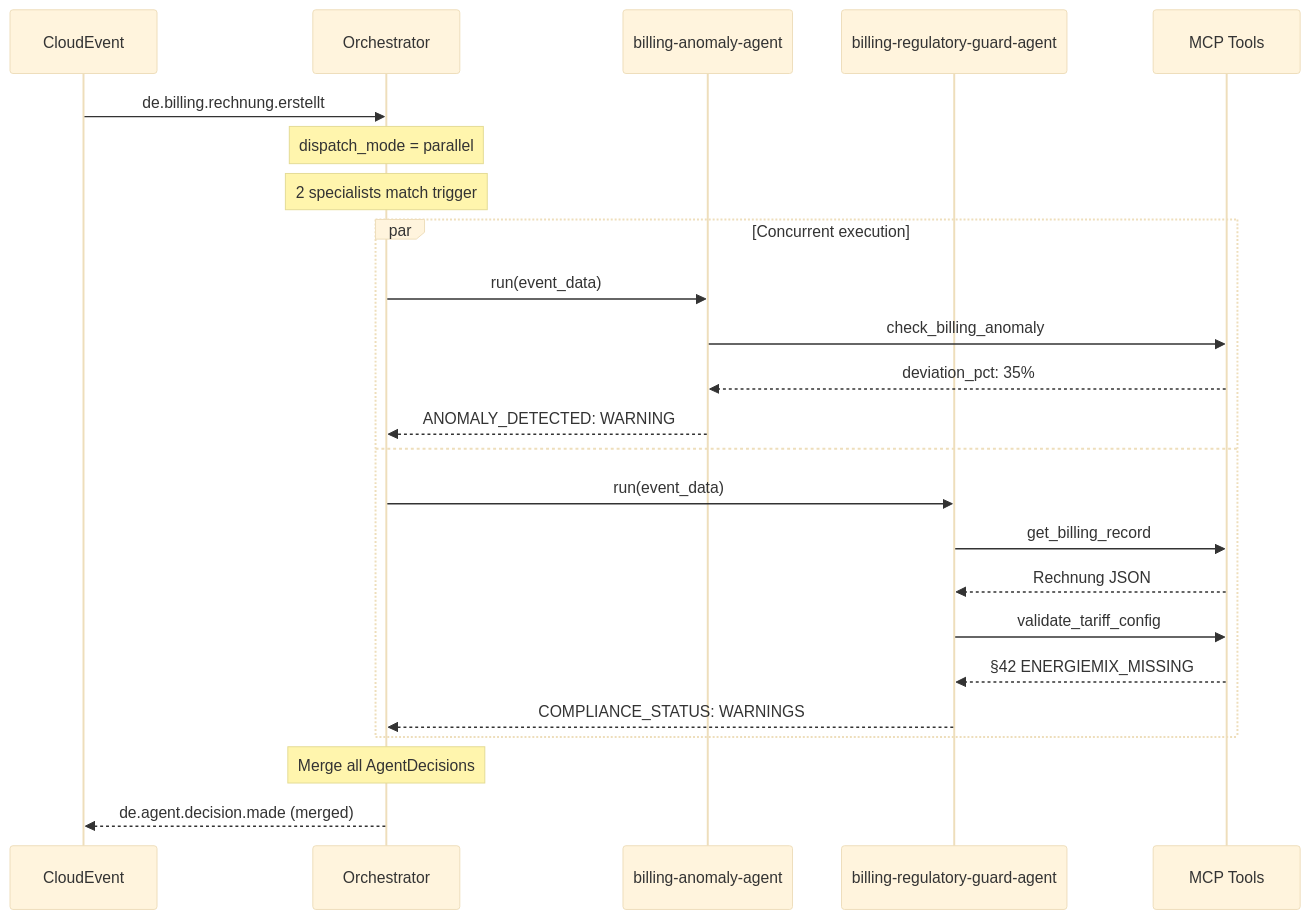
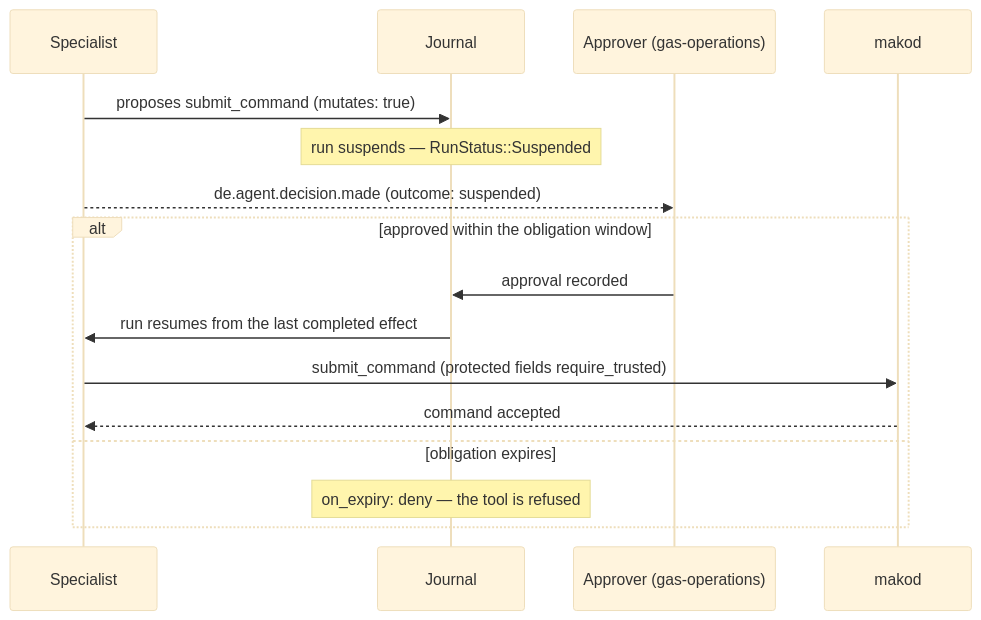
Before and after one commit to hupe1980/mako: the third of 3 diagrams in site/content/docs/services/agentd.md, drawn with Mermaid (base theme). The commit also changed other lines of this file and 64 other files, not shown here.

````diff
--- a/site/content/docs/services/agentd.md
+++ b/site/content/docs/services/agentd.md
@@ -127,27 +216,19 @@
 ```mermaid
 sequenceDiagram
-    participant CE as CloudEvent
-    participant Orch as Orchestrator
-    participant A1 as billing-anomaly-agent
-    participant A2 as billing-regulatory-guard-agent
-    participant MCP as MCP Tools
+    participant A as Specialist
+    participant J as Journal
+    participant H as Approver (gas-operations)
+    participant M as makod
 
-    CE->>Orch: de.billing.rechnung.erstellt
-    Note over Orch: dispatch_mode = parallel
-    Note over Orch: 2 specialists match trigger
-    par Concurrent execution
-        Orch->>A1: run(event_data)
-        A1->>MCP: check_billing_anomaly
-        MCP-->>A1: deviation_pct: 35%
-        A1-->>Orch: ANOMALY_DETECTED: WARNING
-    and
-        Orch->>A2: run(event_data)
-        A2->>MCP: get_billing_record
-        MCP-->>A2: Rechnung JSON
-        A2->>MCP: validate_tariff_config
-        MCP-->>A2: §42 ENERGIEMIX_MISSING
-        A2-->>Orch: COMPLIANCE_STATUS: WARNINGS
+    A->>J: proposes submit_command (mutates: true)
+    Note over J: run suspends — RunStatus::Suspended
+    A-->>H: de.agent.decision.made (outcome: suspended)
+    alt approved within the obligation window
+        H->>J: approval recorded
+        J->>A: run resumes from the last completed effect
+        A->>M: submit_command (protected fields require_trusted)
+        M-->>A: command accepted
+    else obligation expires
+        Note over J: on_expiry: deny — the tool is refused
     end
-    Note over Orch: Merge all AgentDecisions
-    Orch-->>CE: de.agent.decision.made (merged)
 ```
````
